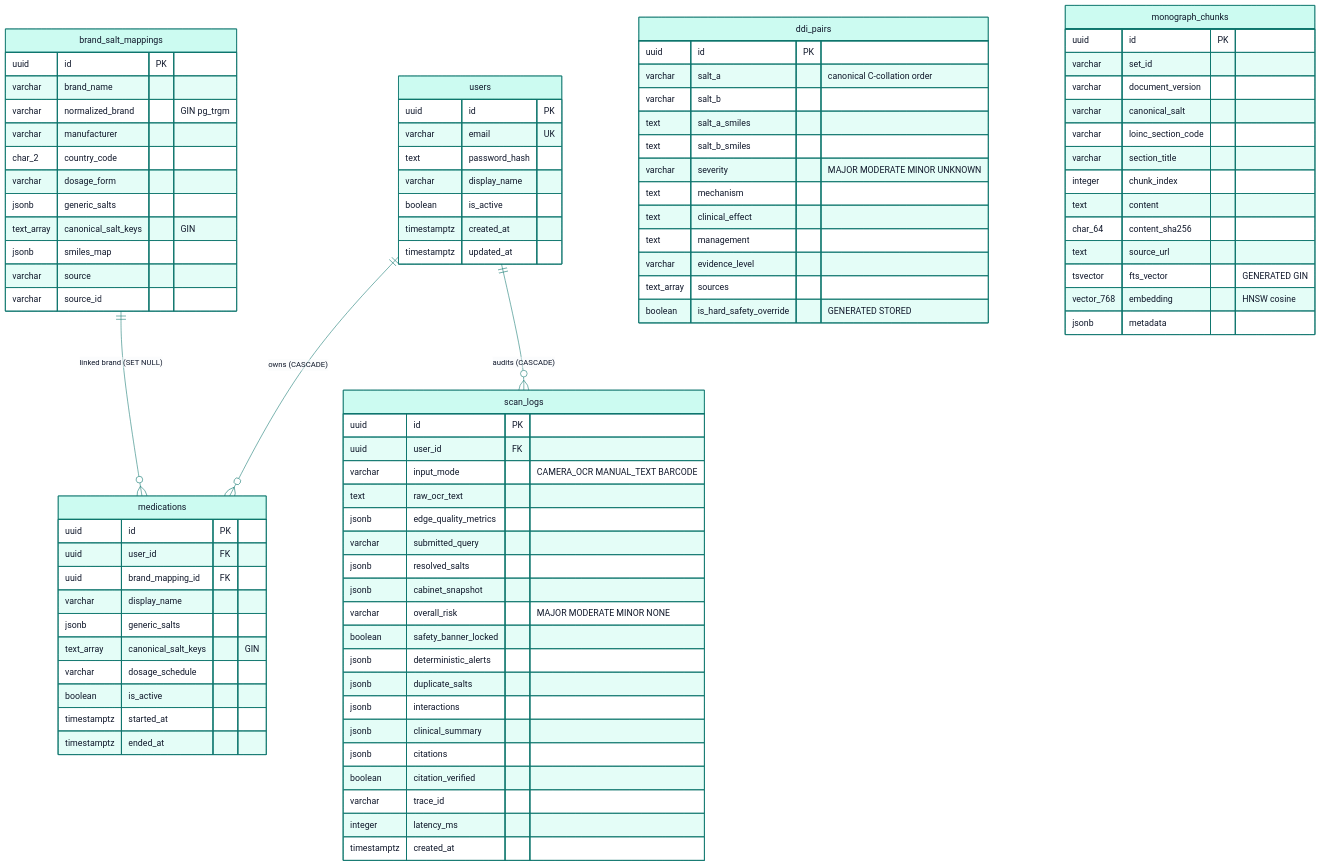
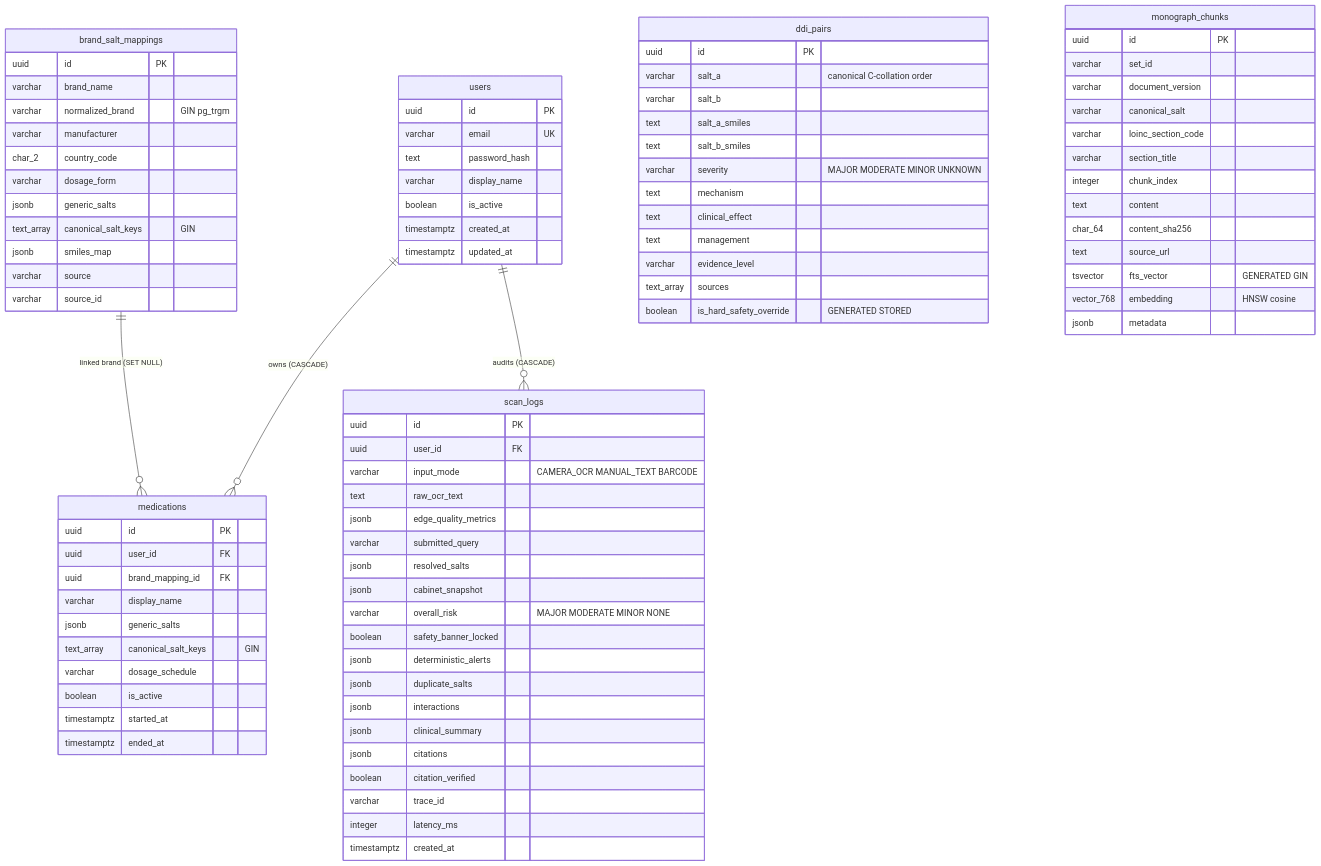
One commit to hrdk6/PillScope changed the seventh of 8 diagrams in README.md. Above: the diagram before and after it, drawn with Mermaid. The commit also changed other lines of this file, not shown here.

Commit message:
docs: fix Mermaid dark-mode contrast, diagram proportions, and normalizer counts

````diff
--- a/README.md
+++ b/README.md
@@ -549,5 +552,4 @@
 ```mermaid
-%%{init: {'theme': 'base', 'themeVariables': { 'primaryColor': '#CCFBF1', 'primaryTextColor': '#0F172A', 'primaryBorderColor': '#0F766E', 'lineColor': '#0F766E', 'secondaryColor': '#EFF6FF', 'tertiaryColor': '#F8FAFC', 'attributeBackgroundColorOdd': '#F8FAFC', 'attributeBackgroundColorEven': '#FFFFFF' }}}%%
 erDiagram
     users {
         uuid id PK
````
